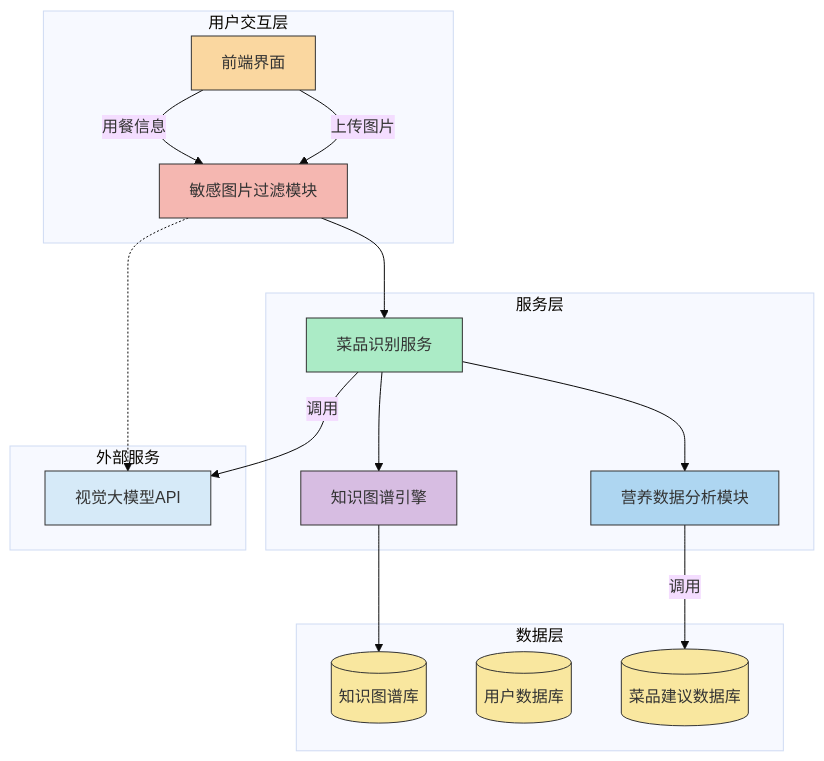
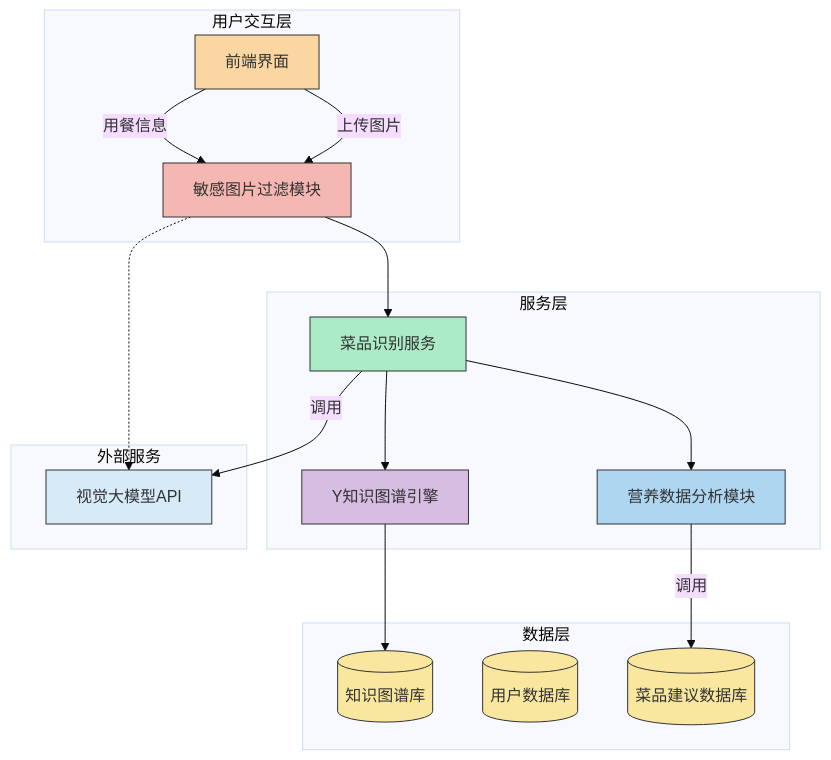
One commit to funnyData/iodraw-files changed the diagram in all/未命名-1.md. Above: the diagram before and after it, drawn with Mermaid (base theme).

Commit message:
2025-03-19 16:54:21 update

````diff
--- a/all/未命名-1.md
+++ b/all/未命名-1.md
@@ -1,39 +1,39 @@
 ```mermaid
 %% 系统架构图（基于网页1/3/4/6的流程图语法优化）
 flowchart TD
     subgraph 用户交互层
         A[前端界面] -->|用餐信息| B[敏感图片过滤模块]
         style A fill:#FAD7A0,stroke:#333
         style B fill:#F5B7B1,stroke:#333
     end
 
     subgraph 服务层
         B --> C[菜品识别服务]
         
-        C --> E[知识图谱引擎]
+        C --> E[Y知识图谱引擎]
         C --> D[营养数据分析模块]
         style C fill:#ABEBC6,stroke:#333
         style D fill:#AED6F1,stroke:#333
         style E fill:#D7BDE2,stroke:#333
     end
 
     subgraph 数据层
         E --> H[(知识图谱库)]
         F[(用户数据库)]
         G[(菜品建议数据库)]
         
         style F fill:#F9E79F,stroke:#333,shape:cylinder
         style G fill:#F9E79F,stroke:#333,shape:cylinder
         style H fill:#F9E79F,stroke:#333,shape:cylinder
     end
 
     subgraph 外部服务
         B -.-> I[视觉大模型API]
         style I fill:#D6EAF8,stroke:#333
     end
 
 
     A -->|上传图片| B
     C -->|调用| I
     D -->|调用| G
 ```
````
